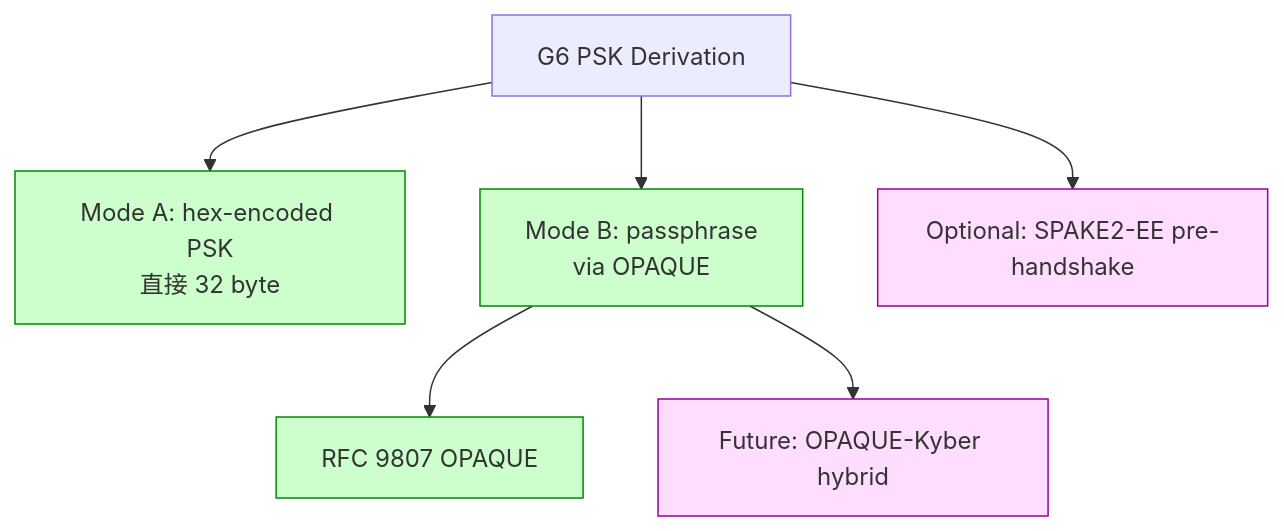
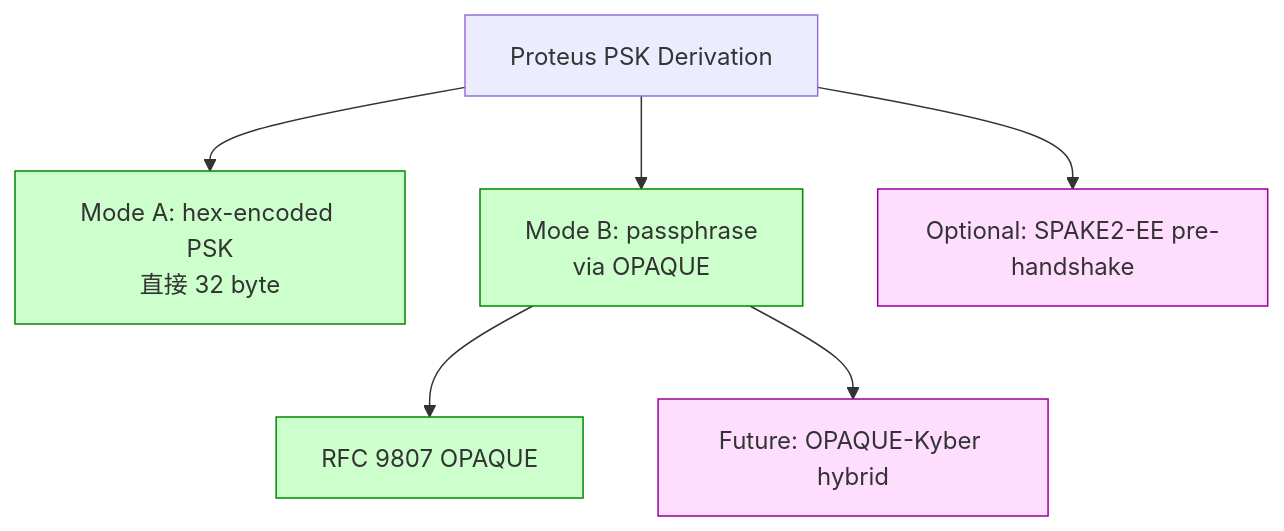
Before and after one commit to Icarus603/network-from-scratch: the second of 2 diagrams in lessons/part-3-cryptography/3.9-pake.md, drawn with Mermaid. The commit also changed other lines of this file and 300 other files, not shown here.

````diff
--- a/lessons/part-3-cryptography/3.9-pake.md
+++ b/lessons/part-3-cryptography/3.9-pake.md
@@ -325,13 +325,13 @@
 ```mermaid
 flowchart TD
     classDef chosen fill:#cfc,stroke:#080
     classDef defer fill:#fdf,stroke:#909
 
-    G6PSK[G6 PSK Derivation]
-    G6PSK --> Hex[Mode A: hex-encoded PSK<br/>直接 32 byte]:::chosen
-    G6PSK --> Passphrase[Mode B: passphrase<br/>via OPAQUE]:::chosen
+    ProteusPSK[Proteus PSK Derivation]
+    ProteusPSK --> Hex[Mode A: hex-encoded PSK<br/>直接 32 byte]:::chosen
+    ProteusPSK --> Passphrase[Mode B: passphrase<br/>via OPAQUE]:::chosen
     Passphrase --> OPAQUE[RFC 9807 OPAQUE]:::chosen
     Passphrase --> PQ_future[Future: OPAQUE-Kyber hybrid]:::defer
 
-    G6PSK --> AntiDoS[Optional: SPAKE2-EE pre-handshake]:::defer
+    ProteusPSK --> AntiDoS[Optional: SPAKE2-EE pre-handshake]:::defer
 ```
````
